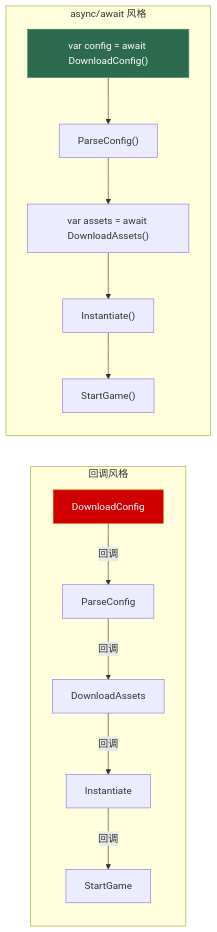
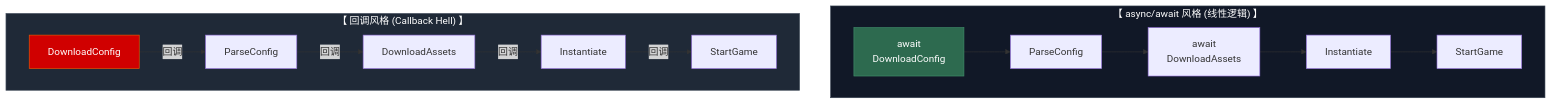
The first of 3 diagrams in src/content/posts/learn_csharp/07_async_programming.md (Lumivers/firefly), drawn with Mermaid before and after one commit. The commit also changed other lines of this file and 1 other file, not shown here.

Commit message:
feat: 更新异步编程和CLR与编译管线章节中的示意图，增强对C#编译模型和异步机制的理解

````diff
--- a/src/content/posts/learn_csharp/07_async_programming.md
+++ b/src/content/posts/learn_csharp/07_async_programming.md
@@ -52,19 +52,29 @@
 ```mermaid
 flowchart LR
-    subgraph "回调风格"
+    %% 强制左侧子图水平展开
+    subgraph CALLBACK ["【 回调风格 (Callback Hell) 】"]
+        direction LR
         CB1["DownloadConfig"] -->|"回调"| CB2["ParseConfig"]
         CB2 -->|"回调"| CB3["DownloadAssets"]
         CB3 -->|"回调"| CB4["Instantiate"]
         CB4 -->|"回调"| CB5["StartGame"]
     end
-    
-    subgraph "async/await 风格"
-        A1["var config = await DownloadConfig()"] --> A2["ParseConfig()"]
-        A2 --> A3["var assets = await DownloadAssets()"]
-        A3 --> A4["Instantiate()"]
-        A4 --> A5["StartGame()"]
+
+    %% 强制右侧子图水平展开
+    subgraph ASYNC ["【 async/await 风格 (线性逻辑) 】"]
+        direction LR
+        A1["await<br/>DownloadConfig"] --> A2["ParseConfig"]
+        A2 --> A3["await<br/>DownloadAssets"]
+        A3 --> A4["Instantiate"]
+        A4 --> A5["StartGame"]
     end
-    
+
+    %% 隐式依赖：强迫两个子图左右并排
+    CALLBACK ~~~ ASYNC
+
+    %% 样式微调
     style CB1 fill:#d00000,stroke:#e85d04,color:white
     style A1 fill:#2d6a4f,stroke:#40916c,color:white
+    style CALLBACK fill:#1f2937,stroke:#4b5563,color:white
+    style ASYNC fill:#111827,stroke:#374151,color:white
 ```
````
